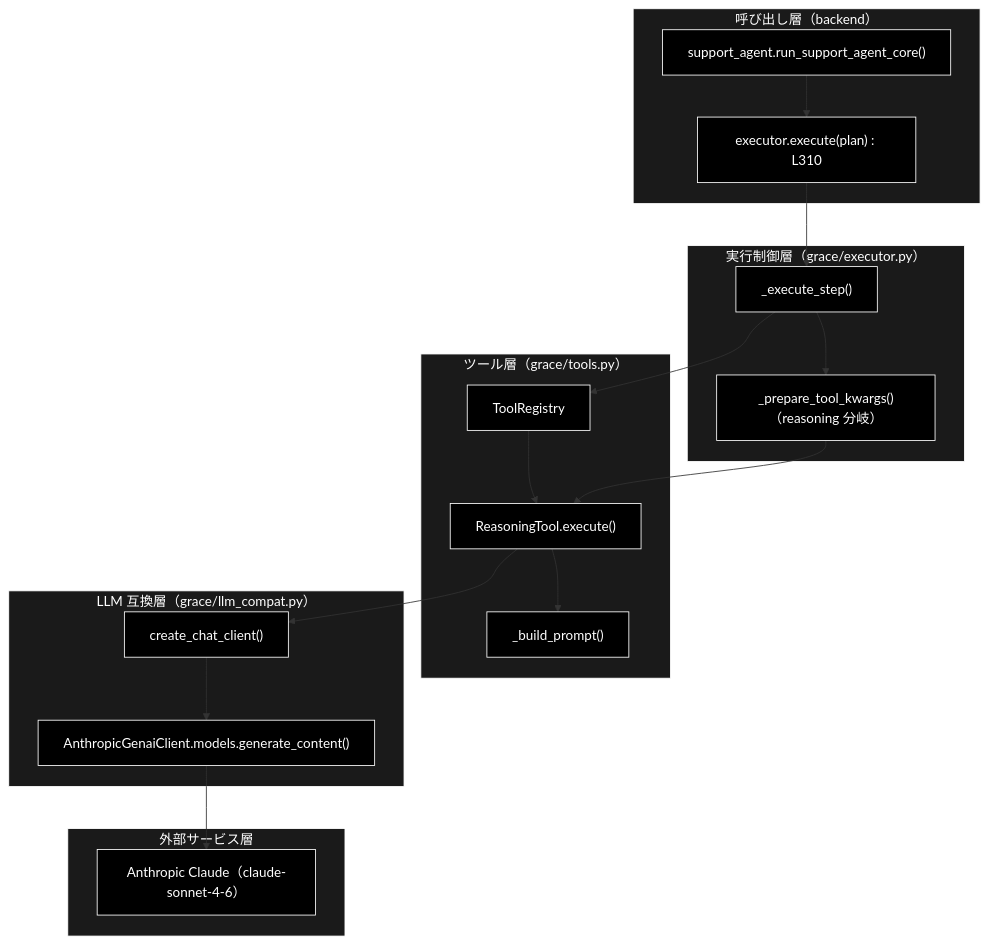
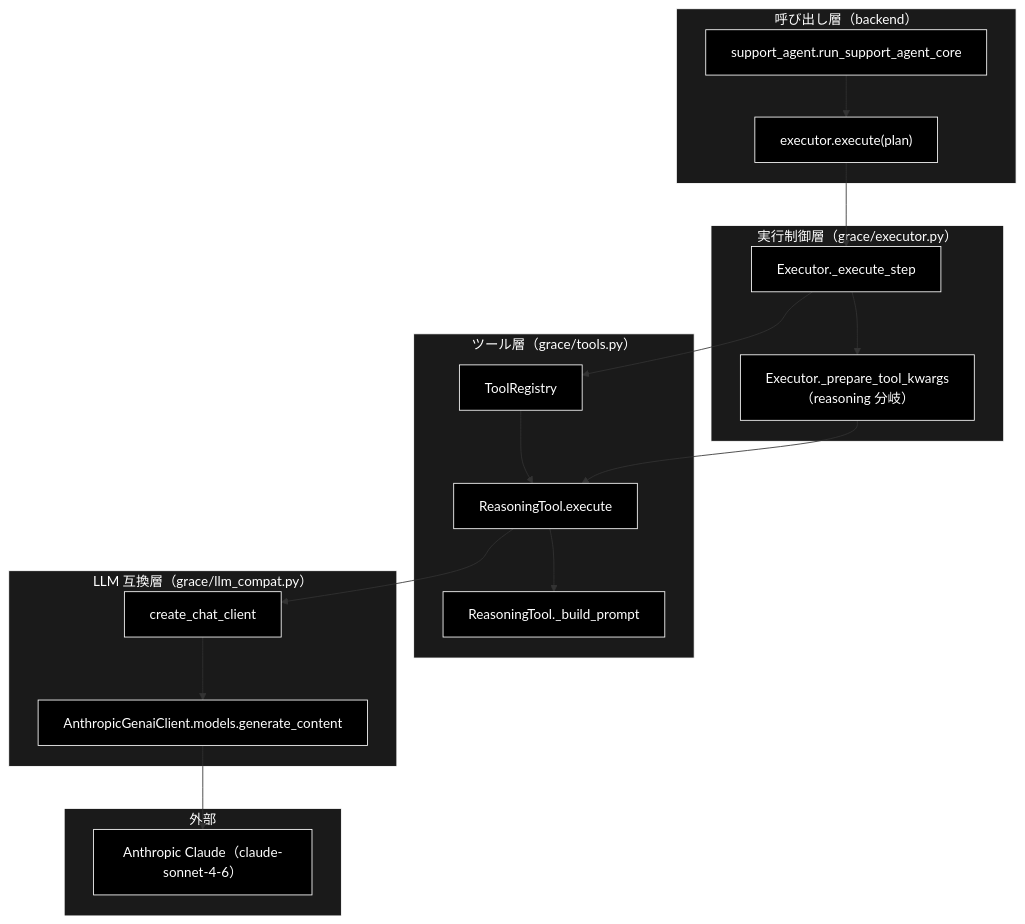
One commit to nakashima2toshio/grace_v2 changed the diagram in docs/reasoning_flow.md. Above: the diagram before and after it, drawn with Mermaid. The commit also changed other lines of this file and 2 other files, not shown here.

First line of the commit message:
docs: 3 モード構成へ再編（pipelines.md 新設 / guardrails 改訂 / reasoning_flow v2.0）

````diff
--- a/docs/reasoning_flow.md
+++ b/docs/reasoning_flow.md
@@ -88,45 +46,45 @@
 ```mermaid
 flowchart TB
     subgraph CLIENT["呼び出し層（backend）"]
-        SA["support_agent.run_support_agent_core()"]
-        EXEC_CALL["executor.execute(plan) : L310"]
+        SA["support_agent.run_support_agent_core"]
+        EXEC_CALL["executor.execute(plan)"]
     end
 
     subgraph CONTROL["実行制御層（grace/executor.py）"]
-        STEP["_execute_step()"]
-        KWARGS["_prepare_tool_kwargs()（reasoning 分岐）"]
+        STEP["Executor._execute_step"]
+        KWARGS["Executor._prepare_tool_kwargs（reasoning 分岐）"]
     end
 
     subgraph TOOL["ツール層（grace/tools.py）"]
-        RT["ReasoningTool.execute()"]
-        BP["_build_prompt()"]
+        RT["ReasoningTool.execute"]
+        BP["ReasoningTool._build_prompt"]
         REG["ToolRegistry"]
     end
 
     subgraph COMPAT["LLM 互換層（grace/llm_compat.py）"]
-        CC["create_chat_client()"]
-        AC["AnthropicGenaiClient.models.generate_content()"]
+        CC["create_chat_client"]
+        AC["AnthropicGenaiClient.models.generate_content"]
     end
 
-    subgraph EXTERNAL["外部サービス層"]
+    subgraph EXTERNAL["外部"]
         LLM["Anthropic Claude（claude-sonnet-4-6）"]
     end
 
     SA --> EXEC_CALL --> STEP
     STEP --> KWARGS
     STEP --> REG
     REG --> RT
     KWARGS --> RT
     RT --> BP
     RT --> CC
     CC --> AC
     AC --> LLM
 classDef default fill:#000,stroke:#fff,color:#fff
 classDef subgraphStyle fill:#1a1a1a,stroke:#fff,color:#fff
 class SA,EXEC_CALL,STEP,KWARGS,RT,BP,REG,CC,AC,LLM default
 style CLIENT fill:#1a1a1a,stroke:#fff,color:#fff
 style CONTROL fill:#1a1a1a,stroke:#fff,color:#fff
 style TOOL fill:#1a1a1a,stroke:#fff,color:#fff
 style COMPAT fill:#1a1a1a,stroke:#fff,color:#fff
 style EXTERNAL fill:#1a1a1a,stroke:#fff,color:#fff
 ```
````
